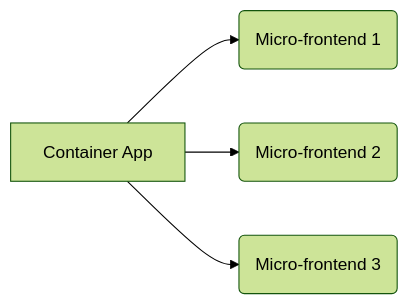
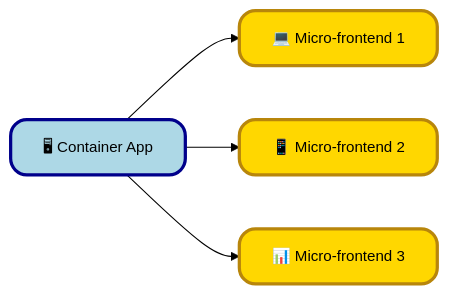
The third of 3 diagrams in _posts/2025-02-15-14.-micro-frontends-with-angular.md (infoyouth/infoyouth.github.io), drawn with Mermaid (forest theme) before and after one commit. The commit also changed other lines of this file, not shown here.

````diff
--- a/_posts/2025-02-15-14.-micro-frontends-with-angular.md
+++ b/_posts/2025-02-15-14.-micro-frontends-with-angular.md
@@ -270,6 +293,15 @@
 ```mermaid
 graph LR
-    A[Container App] --> B(Micro-frontend 1);
-    A --> C(Micro-frontend 2);
-    A --> D(Micro-frontend 3);
+    A["🖥 Container App"] --> B["💻 Micro-frontend 1"];
+    A --> C["📱 Micro-frontend 2"];
+    A --> D["📊 Micro-frontend 3"];
+
+    %% Custom Styles
+    classDef containerStyle fill:#ADD8E6,stroke:#00008B,color:#000000,font-size:14px,stroke-width:3px,rx:15px,shadow:5px;
+    classDef frontendStyle fill:#FFD700,stroke:#B8860B,color:#000000,font-size:14px,stroke-width:3px,rx:15px,shadow:5px;
+
+    %% Apply Classes
+    class A containerStyle;
+    class B,C,D frontendStyle;
+
 ```
````
